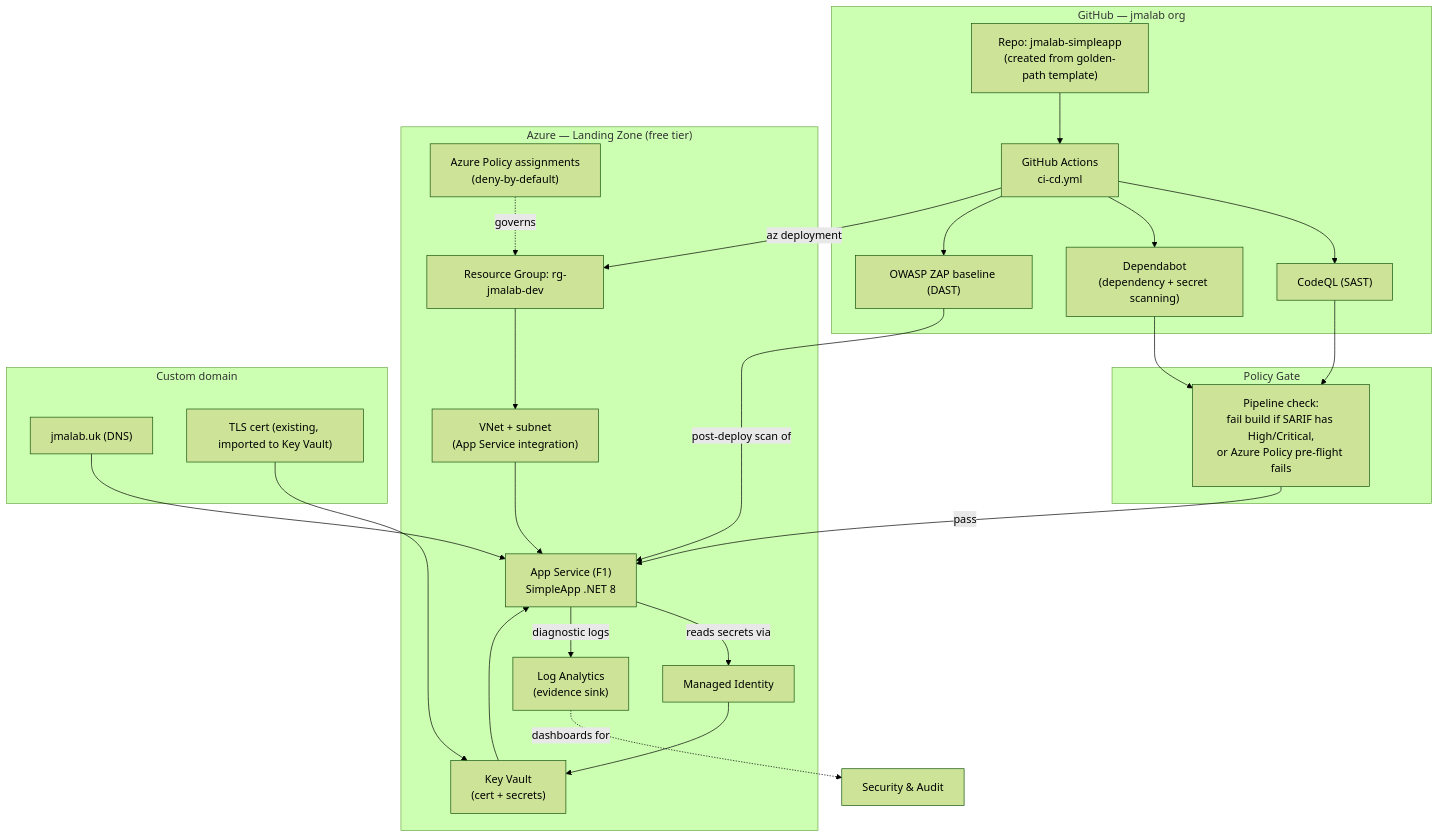
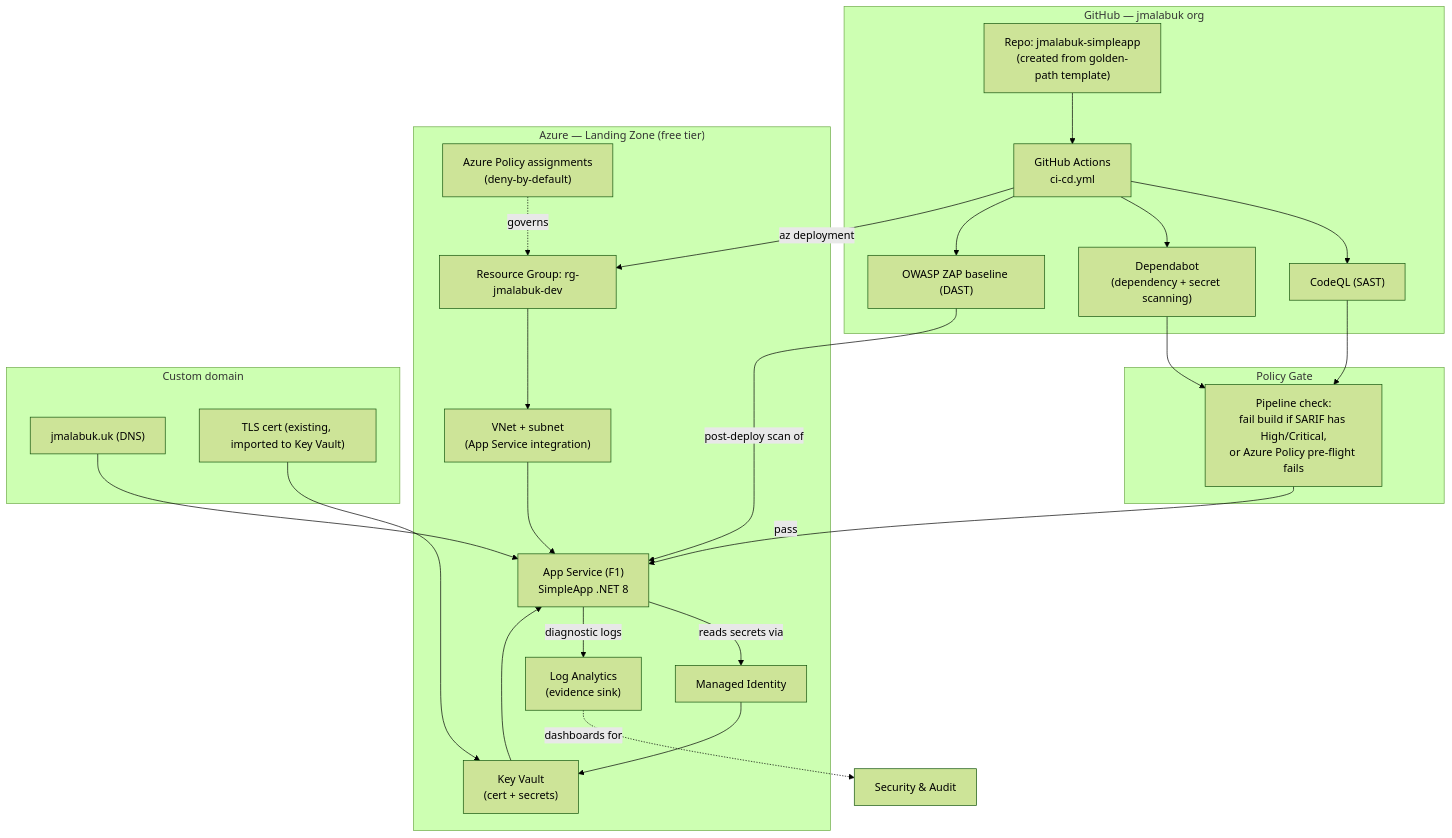
Before and after one commit to jmlp1/jmalab-simpleapp: the diagram in docs/ARCHITECTURE.md, drawn with Mermaid (forest theme). The commit also changed other lines of this file and 24 other files, not shown here.

````diff
--- a/docs/ARCHITECTURE.md
+++ b/docs/ARCHITECTURE.md
@@ -5,47 +5,47 @@
 ```mermaid
 flowchart TB
-    subgraph GH["GitHub — jmalab org"]
-        REPO["Repo: jmalab-simpleapp<br/>(created from golden-path template)"]
+    subgraph GH["GitHub — jmalabuk org"]
+        REPO["Repo: jmalabuk-simpleapp<br/>(created from golden-path template)"]
         WF["GitHub Actions<br/>ci-cd.yml"]
         CODEQL["CodeQL (SAST)"]
         DEP["Dependabot<br/>(dependency + secret scanning)"]
         ZAP["OWASP ZAP baseline (DAST)"]
         REPO --> WF
         WF --> CODEQL
         WF --> DEP
         WF --> ZAP
     end
 
     subgraph GATE["Policy Gate"]
         PG["Pipeline check:<br/>fail build if SARIF has High/Critical,<br/>or Azure Policy pre-flight fails"]
     end
 
     subgraph AZ["Azure — Landing Zone (free tier)"]
-        RG["Resource Group: rg-jmalab-dev"]
+        RG["Resource Group: rg-jmalabuk-dev"]
         VNET["VNet + subnet<br/>(App Service integration)"]
         APP["App Service (F1)<br/>SimpleApp .NET 8"]
         KV["Key Vault<br/>(cert + secrets)"]
         LAW["Log Analytics<br/>(evidence sink)"]
         POL["Azure Policy assignments<br/>(deny-by-default)"]
         MI["Managed Identity"]
 
         RG --> VNET --> APP
         APP -->|reads secrets via| MI --> KV
         APP -->|diagnostic logs| LAW
         POL -.->|governs| RG
     end
 
     subgraph DOMAIN["Custom domain"]
-        DNS["jmalab.uk (DNS)"]
+        DNS["jmalabuk.uk (DNS)"]
         CERT["TLS cert (existing, imported to Key Vault)"]
         DNS --> APP
         CERT --> KV --> APP
     end
 
     WF -->|az deployment| RG
     CODEQL --> PG
     DEP --> PG
     PG -->|pass| APP
     ZAP -->|post-deploy scan of| APP
     LAW -.->|dashboards for| AUDIT["Security & Audit"]
 ```
````
